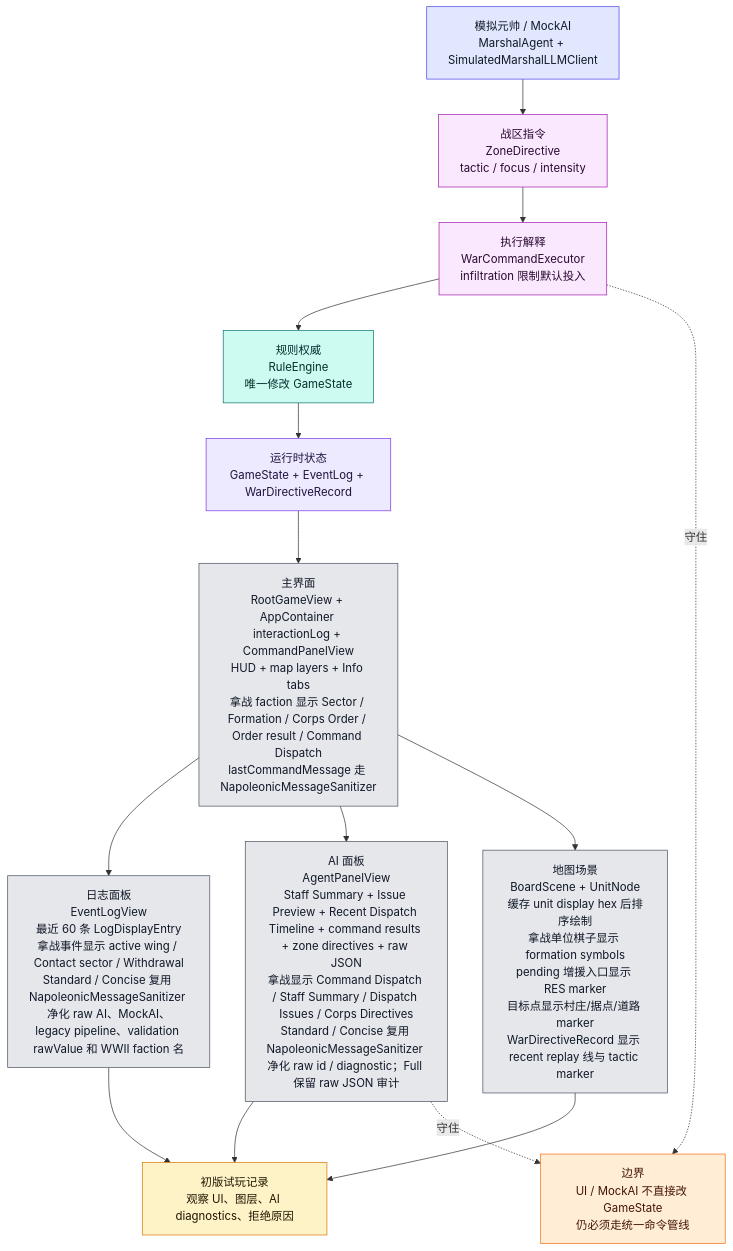
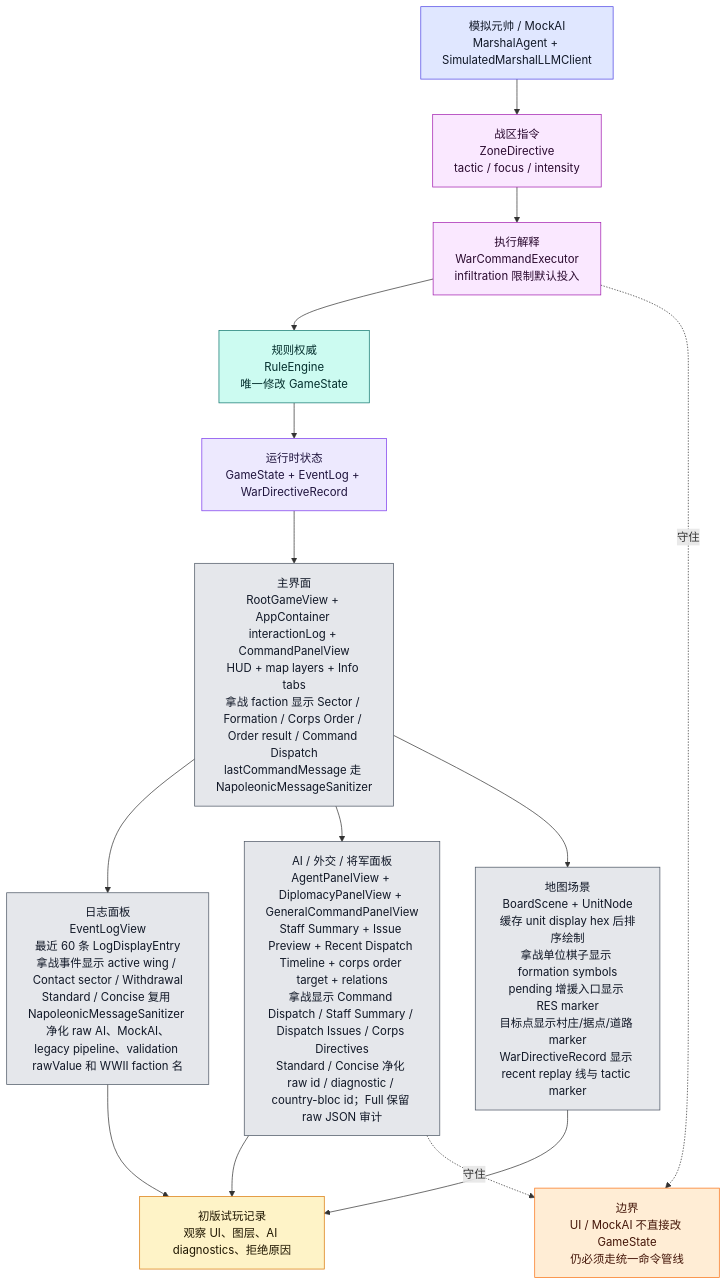
Before and after one commit to Altman-sam114/122: the eighth of 9 diagrams in md/flow/flowchart.md, drawn with Mermaid. The commit also changed other lines of this file and 9 other files, not shown here.

Commit message:
fix: reduce napoleonic raw id leaks

````diff
--- a/md/flow/flowchart.md
+++ b/md/flow/flowchart.md
@@ -430,34 +430,34 @@
 ```mermaid
 flowchart TD
     STATE["运行时状态<br/>GameState + EventLog + WarDirectiveRecord"]:::state
     ROOT["主界面<br/>RootGameView + AppContainer interactionLog + CommandPanelView<br/>HUD + map layers + Info tabs<br/>拿战 faction 显示 Sector / Formation / Corps Order / Order result / Command Dispatch<br/>lastCommandMessage 走 NapoleonicMessageSanitizer"]:::ui
     LOG["日志面板<br/>EventLogView<br/>最近 60 条 LogDisplayEntry<br/>拿战事件显示 active wing / Contact sector / Withdrawal<br/>Standard / Concise 复用 NapoleonicMessageSanitizer 净化 raw AI、MockAI、legacy pipeline、validation rawValue 和 WWII faction 名"]:::ui
-    AIUI["AI 面板<br/>AgentPanelView<br/>Staff Summary + Issue Preview + Recent Dispatch Timeline + command results + zone directives + raw JSON<br/>拿战显示 Command Dispatch / Staff Summary / Dispatch Issues / Corps Directives<br/>Standard / Concise 复用 NapoleonicMessageSanitizer 净化 raw id / diagnostic；Full 保留 raw JSON 审计"]:::ui
+    AIUI["AI / 外交 / 将军面板<br/>AgentPanelView + DiplomacyPanelView + GeneralCommandPanelView<br/>Staff Summary + Issue Preview + Recent Dispatch Timeline + corps order target + relations<br/>拿战显示 Command Dispatch / Staff Summary / Dispatch Issues / Corps Directives<br/>Standard / Concise 净化 raw id / diagnostic / country-bloc id；Full 保留 raw JSON 审计"]:::ui
     BOARD["地图场景<br/>BoardScene + UnitNode<br/>缓存 unit display hex 后排序绘制<br/>拿战单位棋子显示 formation symbols<br/>pending 增援入口显示 RES marker<br/>目标点显示村庄/据点/道路 marker<br/>WarDirectiveRecord 显示 recent replay 线与 tactic marker"]:::ui
     MARSHAL["模拟元帅 / MockAI<br/>MarshalAgent + SimulatedMarshalLLMClient"]:::ai
     ZD["战区指令<br/>ZoneDirective<br/>tactic / focus / intensity"]:::command
     WCE["执行解释<br/>WarCommandExecutor<br/>infiltration 限制默认投入"]:::command
     RULE["规则权威<br/>RuleEngine<br/>唯一修改 GameState"]:::rules
     PLAYTEST["初版试玩记录<br/>观察 UI、图层、AI diagnostics、拒绝原因"]:::doc
 
     STATE --> ROOT
     ROOT --> LOG
     ROOT --> AIUI
     ROOT --> BOARD
     MARSHAL --> ZD --> WCE --> RULE --> STATE
     AIUI --> PLAYTEST
     LOG --> PLAYTEST
     BOARD --> PLAYTEST
 
     WARN["边界<br/>UI / MockAI 不直接改 GameState<br/>仍必须走统一命令管线"]:::warn
     AIUI -.守住.-> WARN
     WCE -.守住.-> WARN
 
     classDef state fill:#ede9fe,stroke:#7c3aed,color:#1f143d
     classDef ui fill:#e5e7eb,stroke:#4b5563,color:#111827
     classDef ai fill:#e0e7ff,stroke:#4f46e5,color:#111827
     classDef command fill:#fae8ff,stroke:#a21caf,color:#2a0a2f
     classDef rules fill:#ccfbf1,stroke:#0f766e,color:#042f2e
     classDef doc fill:#fef3c7,stroke:#d97706,color:#1f1600
     classDef warn fill:#ffedd5,stroke:#f97316,color:#431407
 ```
````
